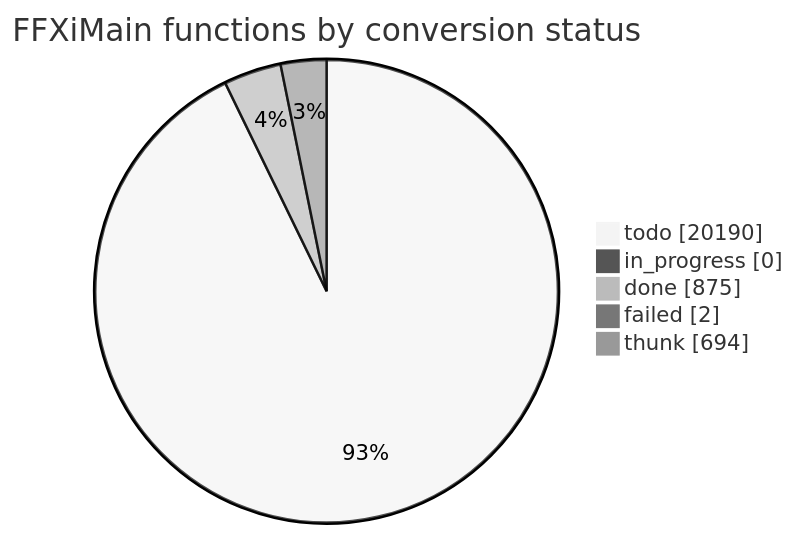
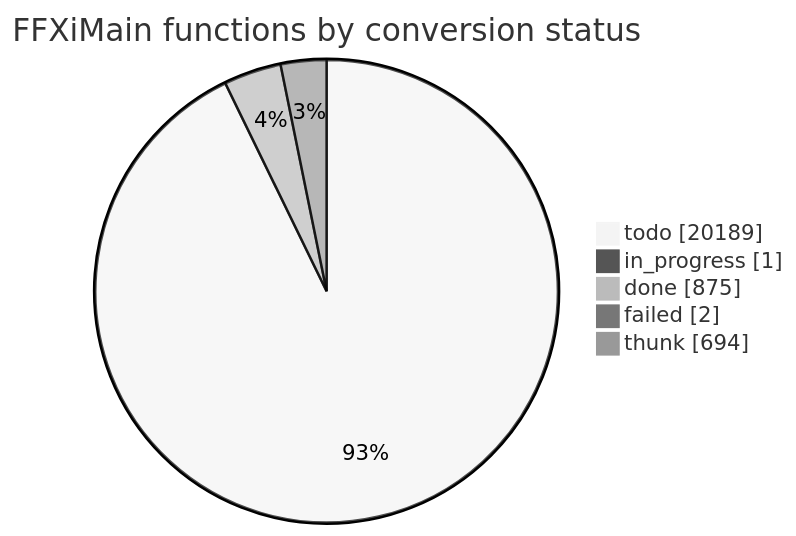
The diagram in docs/cow/STATUS.md (cowrevenge/cow_kuluu_xi_anything), drawn with Mermaid (neutral theme) before and after one commit. The commit also changed other lines of this file and 7 other files, not shown here.

````diff
--- a/docs/cow/STATUS.md
+++ b/docs/cow/STATUS.md
@@ -18,9 +18,9 @@
 ```mermaid
 pie showData
     title FFXiMain functions by conversion status
-    "todo" : 20190
-    "in_progress" : 0
+    "todo" : 20189
+    "in_progress" : 1
     "done" : 875
     "failed" : 2
     "thunk" : 694
 ```
````
